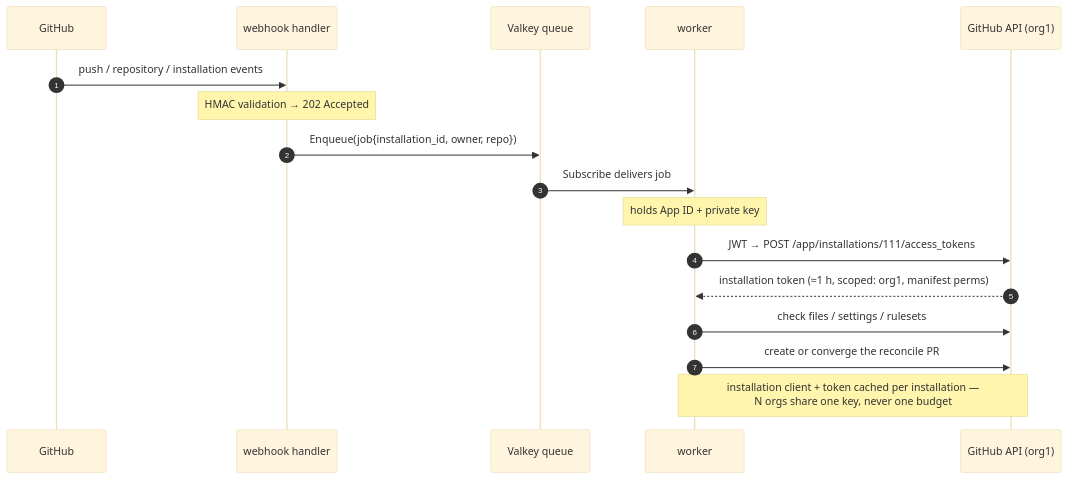
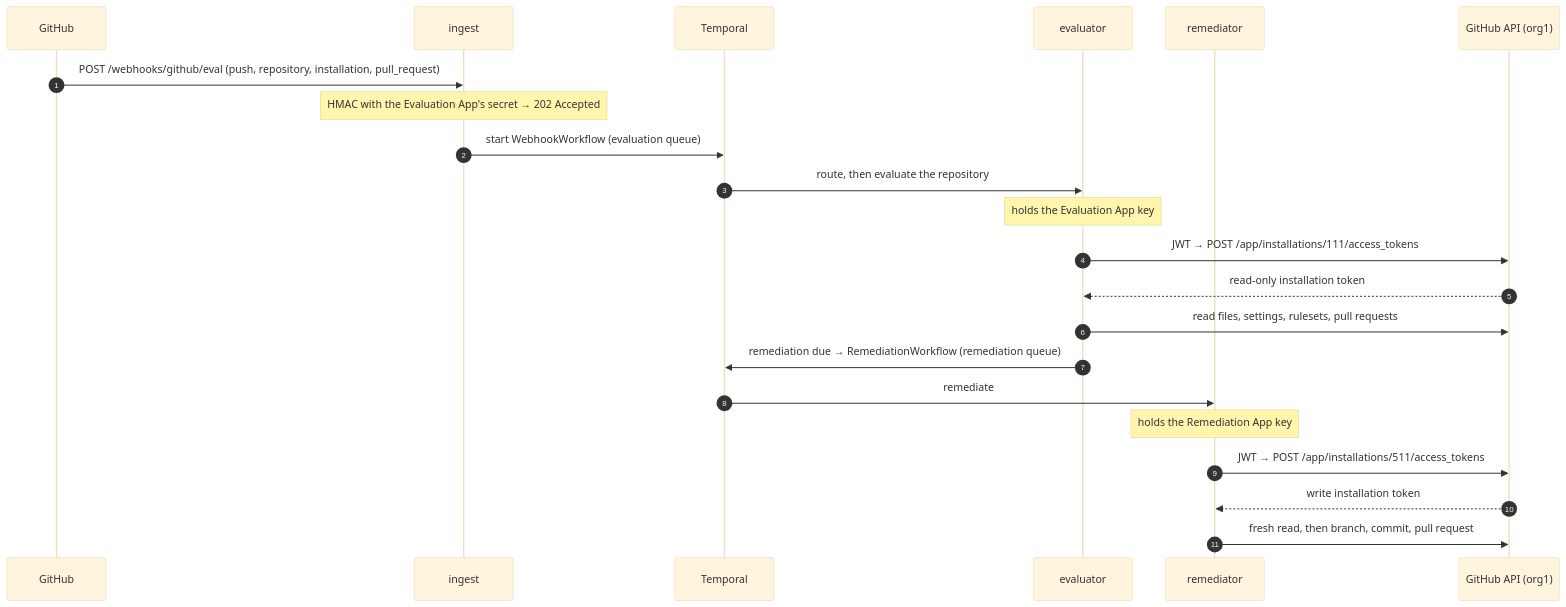
One commit to donaldgifford/repo-guardian changed the second of 2 diagrams in docs/operations/ent-setup.md. Above: the diagram before and after it, drawn with Mermaid (base theme). The commit also changed other lines of this file and 25 other files, not shown here.

````diff
--- a/docs/operations/ent-setup.md
+++ b/docs/operations/ent-setup.md
@@ -293,20 +368,25 @@
 ```mermaid
 sequenceDiagram
     autonumber
     participant GH as GitHub
-    participant WH as webhook handler
-    participant Q as Valkey queue
-    participant W as worker
+    participant IN as ingest
+    participant T as Temporal
+    participant EV as evaluator
+    participant RM as remediator
     participant API as GitHub API (org1)
 
-    GH->>WH: push / repository / installation events
-    Note over WH: HMAC validation → 202 Accepted
-    WH->>Q: Enqueue(job{installation_id, owner, repo})
-    Q->>W: Subscribe delivers job
-    Note over W: holds App ID + private key
-    W->>API: JWT → POST /app/installations/111/access_tokens
-    API-->>W: installation token (≈1 h, scoped: org1, manifest perms)
-    W->>API: check files / settings / rulesets
-    W->>API: create or converge the reconcile PR
-    Note over W,API: installation client + token cached per installation —<br/>N orgs share one key, never one budget
+    GH->>IN: POST /webhooks/github/eval (push, repository, installation, pull_request)
+    Note over IN: HMAC with the Evaluation App's secret → 202 Accepted
+    IN->>T: start WebhookWorkflow (evaluation queue)
+    T->>EV: route, then evaluate the repository
+    Note over EV: holds the Evaluation App key
+    EV->>API: JWT → POST /app/installations/111/access_tokens
+    API-->>EV: read-only installation token
+    EV->>API: read files, settings, rulesets, pull requests
+    EV->>T: remediation due → RemediationWorkflow (remediation queue)
+    T->>RM: remediate
+    Note over RM: holds the Remediation App key
+    RM->>API: JWT → POST /app/installations/511/access_tokens
+    API-->>RM: write installation token
+    RM->>API: fresh read, then branch, commit, pull request
 ```
````
